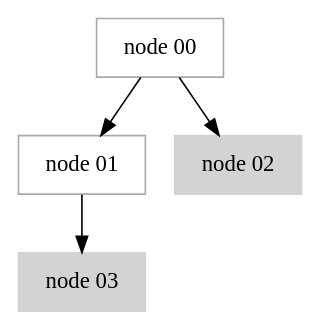
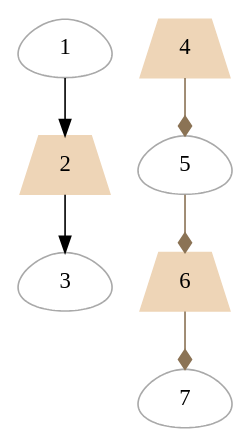
The diagram in src/FDH/viz/digraph_01.gv (cb-g/virtual_assistant), drawn with Graphviz before and after one commit. The commit also changed 3 other files, not shown here.

```diff
--- a/src/FDH/viz/digraph_01.gv
+++ b/src/FDH/viz/digraph_01.gv
@@ -1,13 +1,26 @@
 digraph G {
-	node [color=darkgray fontcolor=black shape=box style=solid]
-	"node 00 "
-	node [color=darkgray fontcolor=black shape=box style=solid]
-	"node 01 "
-	node [color=lightgray fontcolor=black shape=box style=filled]
-	"node 02 "
-	node [color=lightgray fontcolor=black shape=box style=filled]
-	"node 03 "
-	"node 00 " -> "node 02 "
-	"node 00 " -> "node 01 "
-	"node 01 " -> "node 03 "
+	node [color=darkgray fontcolor=black fontname="Times-Roman" shape=egg style=solid]
+	"1 "
+	node [color=darkgray fontcolor=black fontname="Times-Roman" shape=egg style=solid]
+	"3 "
+	node [color=darkgray fontcolor=black fontname="Times-Roman" shape=egg style=solid]
+	"5 "
+	node [color=darkgray fontcolor=black fontname="Times-Roman" shape=egg style=solid]
+	"7 "
+	node [color=bisque2 fontcolor=black fontname="Times-Roman" shape=trapezium style=filled]
+	"2 "
+	node [color=bisque2 fontcolor=black fontname="Times-Roman" shape=trapezium style=filled]
+	"4 "
+	node [color=bisque2 fontcolor=black fontname="Times-Roman" shape=trapezium style=filled]
+	"6 "
+	edge [arrowhead=normal color=black]
+	"1 " -> "2 "
+	edge [arrowhead=normal color=black]
+	"2 " -> "3 "
+	edge [arrowhead=diamond color=burlywood4]
+	"4 " -> "5 "
+	edge [arrowhead=diamond color=burlywood4]
+	"5 " -> "6 "
+	edge [arrowhead=diamond color=burlywood4]
+	"6 " -> "7 "
 }
```
